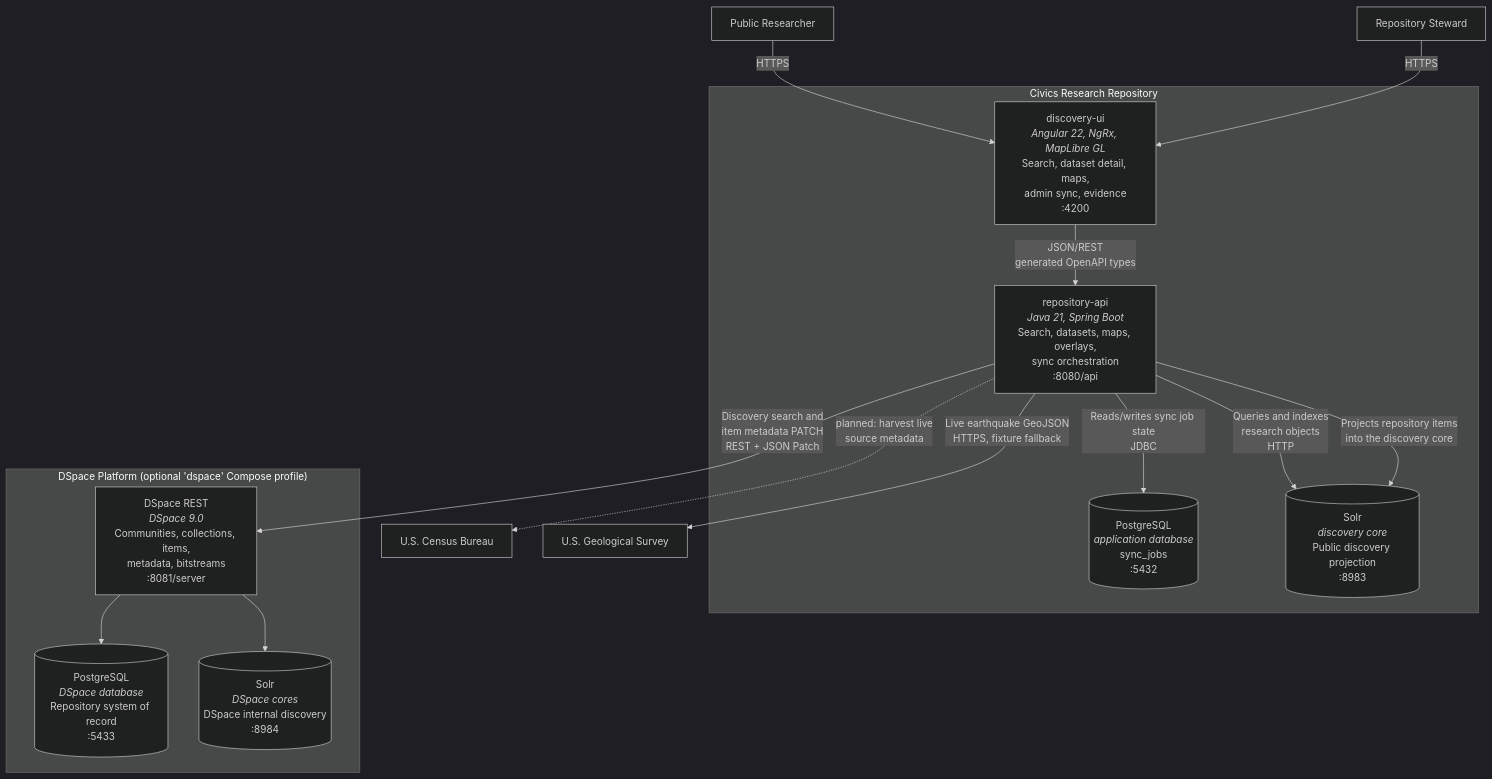
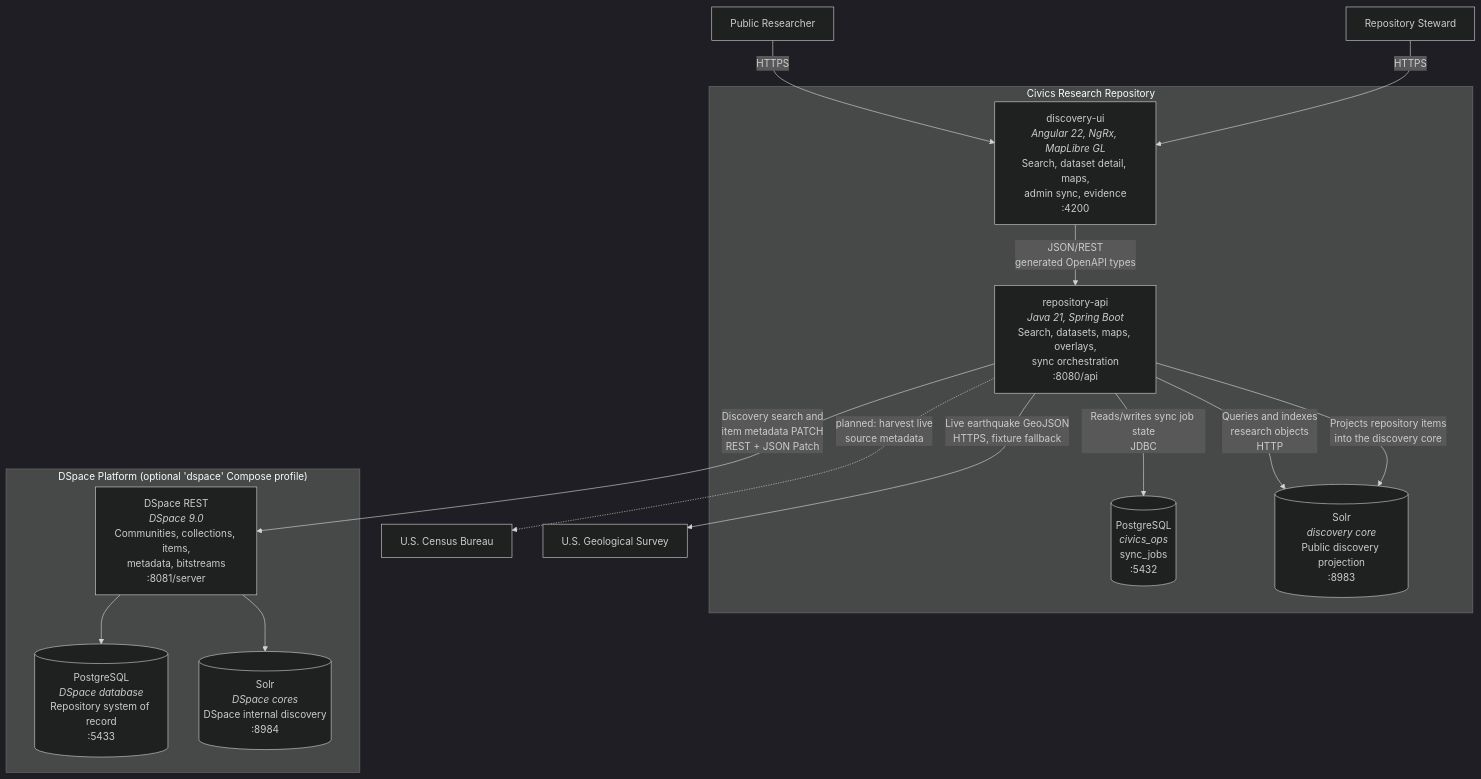
One commit to JeffreySanford/civics-research-repository changed the second of 5 diagrams in documentation/architecture-diagrams.md. Above: the diagram before and after it, drawn with Mermaid (dark theme). The commit also changed other lines of this file and 10 other files, not shown here.

````diff
--- a/documentation/architecture-diagrams.md
+++ b/documentation/architecture-diagrams.md
@@ -29,36 +29,36 @@
 ```mermaid
 flowchart TB
     researcher["Public Researcher"]
     steward["Repository Steward"]
 
     subgraph crr["Civics Research Repository"]
         ui["discovery-ui<br/><i>Angular 22, NgRx, MapLibre GL</i><br/>Search, dataset detail, maps,<br/>admin sync, evidence<br/>:4200"]
         api["repository-api<br/><i>Java 21, Spring Boot</i><br/>Search, datasets, maps, overlays,<br/>sync orchestration<br/>:8080/api"]
-        opsdb[("PostgreSQL<br/><i>application database</i><br/>sync_jobs<br/>:5432")]
+        opsdb[("PostgreSQL<br/><i>civics_ops</i><br/>sync_jobs<br/>:5432")]
         discovery[("Solr<br/><i>discovery core</i><br/>Public discovery projection<br/>:8983")]
     end
 
     subgraph dspace["DSpace Platform (optional 'dspace' Compose profile)"]
         dsrest["DSpace REST<br/><i>DSpace 9.0</i><br/>Communities, collections, items,<br/>metadata, bitstreams<br/>:8081/server"]
         dsdb[("PostgreSQL<br/><i>DSpace database</i><br/>Repository system of record<br/>:5433")]
         dssolr[("Solr<br/><i>DSpace cores</i><br/>DSpace internal discovery<br/>:8984")]
     end
 
     census["U.S. Census Bureau"]
     usgs["U.S. Geological Survey"]
 
     researcher -->|HTTPS| ui
     steward -->|HTTPS| ui
     ui -->|"JSON/REST<br/>generated OpenAPI types"| api
 
     api -->|"Reads/writes sync job state<br/>JDBC"| opsdb
     api -->|"Queries and indexes<br/>research objects<br/>HTTP"| discovery
     api -->|"Discovery search and<br/>item metadata PATCH<br/>REST + JSON Patch"| dsrest
     api -->|"Live earthquake GeoJSON<br/>HTTPS, fixture fallback"| usgs
 
     dsrest --> dsdb
     dsrest --> dssolr
 
     api -->|"Projects repository items<br/>into the discovery core"| discovery
     api -.->|"planned: harvest live<br/>source metadata"| census
 ```
````
